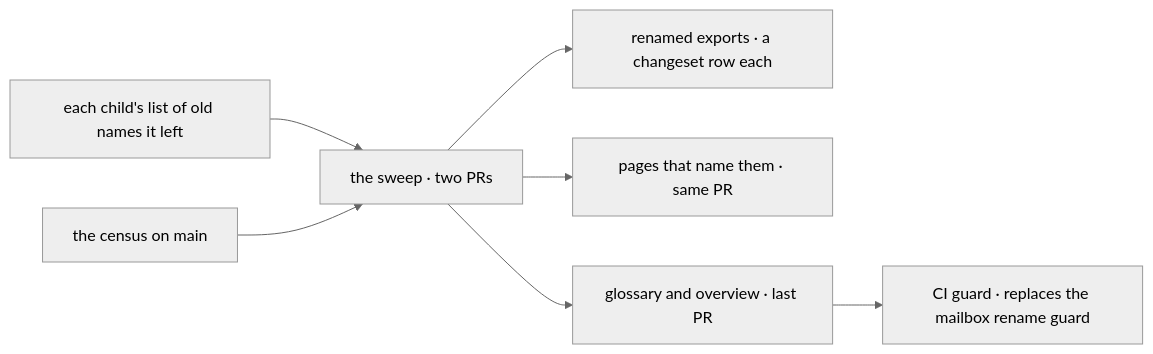
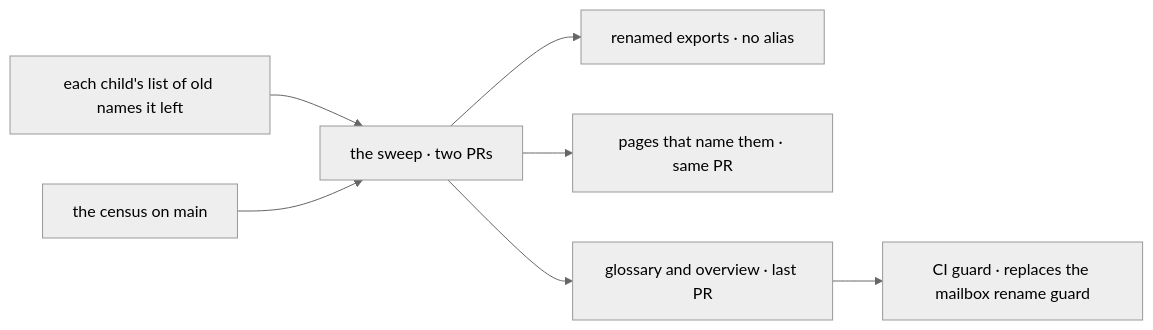
The second of 2 diagrams in specs/issues/FIX-1796/SPEC.md (fixpoint-labs/flow-state-dev), drawn with Mermaid (neutral theme) before and after one commit. The commit also changed other lines of this file and 37 other files, not shown here.

````diff
--- a/specs/issues/FIX-1796/SPEC.md
+++ b/specs/issues/FIX-1796/SPEC.md
@@ -74,9 +74,9 @@
 ```mermaid
 flowchart LR
   L["each child's list of old names it left"] --> S["the sweep · two PRs"]
   C["the census on main"] --> S
-  S --> R["renamed exports · a changeset row each"]
+  S --> R["renamed exports · no alias"]
   S --> D["pages that name them · same PR"]
   S --> G["glossary and overview · last PR"]
   G --> K["CI guard · replaces the mailbox rename guard"]
 ```
````
